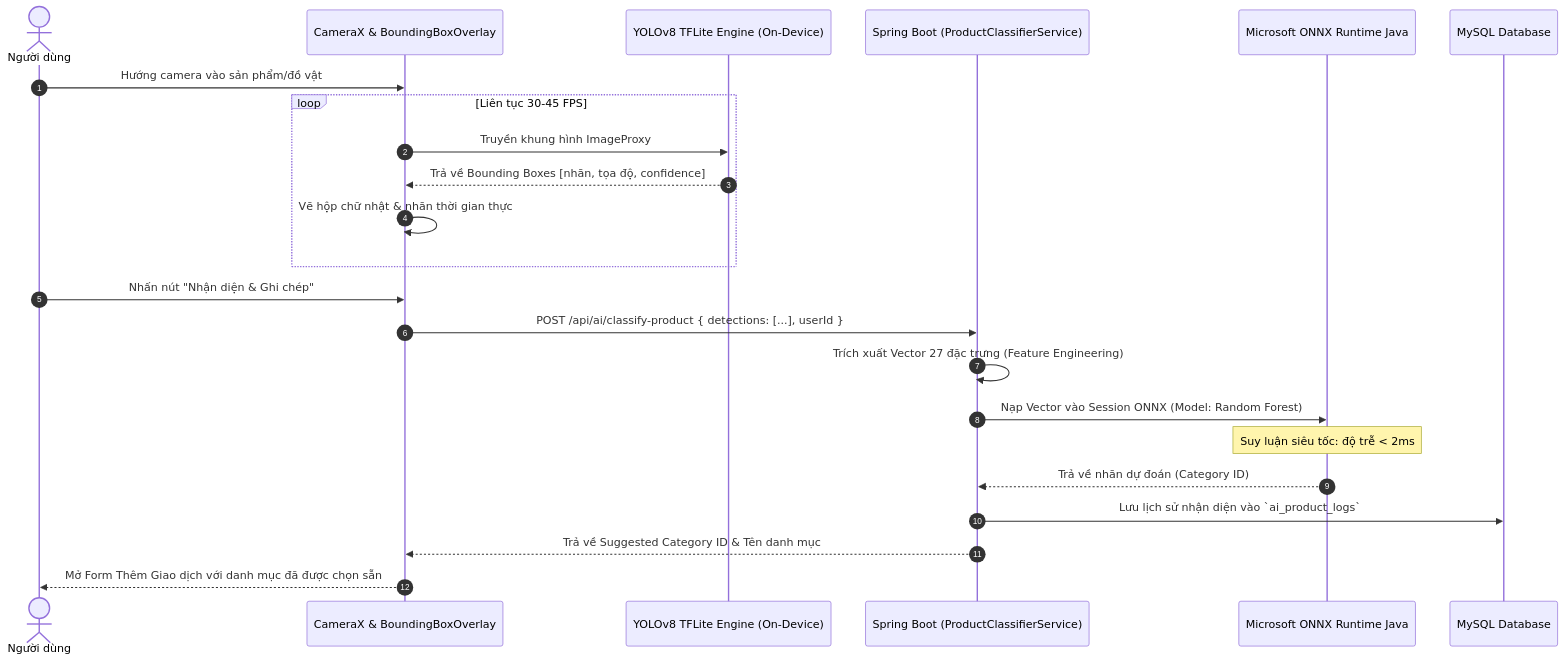
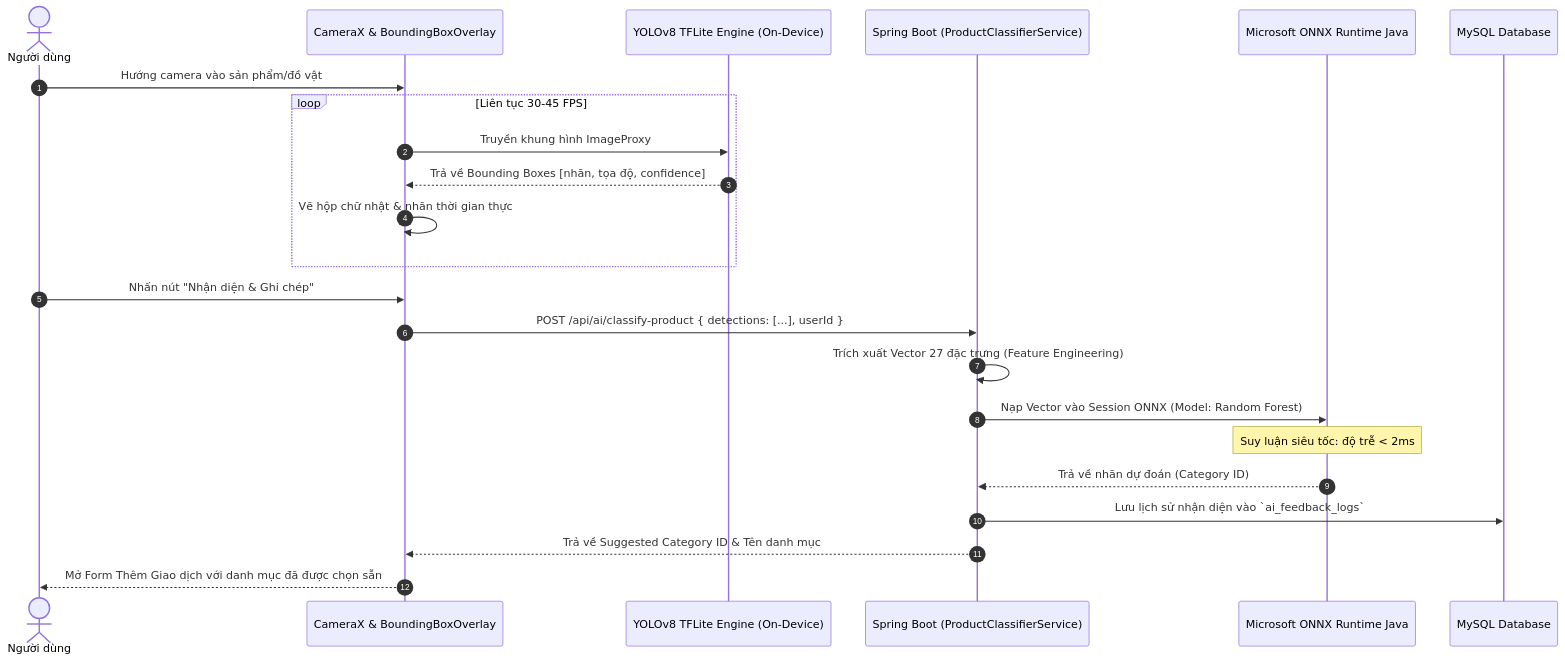
One commit to nguyenduykhanhit04/smart-personal-finance-app changed the eighth of 10 diagrams in docs/Chuong2_PhanTichThietKe.md. Above: the diagram before and after it, drawn with Mermaid. The commit also changed other lines of this file and 5 other files, not shown here.

````diff
--- a/docs/Chuong2_PhanTichThietKe.md
+++ b/docs/Chuong2_PhanTichThietKe.md
@@ -749,26 +762,26 @@
 ```mermaid
 sequenceDiagram
     autonumber
     actor User as Người dùng
     participant Camera as CameraX & BoundingBoxOverlay
     participant Yolo as YOLOv8 TFLite Engine (On-Device)
     participant Backend as Spring Boot (ProductClassifierService)
     participant ONNX as Microsoft ONNX Runtime Java
     participant DB as MySQL Database
 
     User->>Camera: Hướng camera vào sản phẩm/đồ vật
     loop Liên tục 30-45 FPS
         Camera->>Yolo: Truyền khung hình ImageProxy
         Yolo-->>Camera: Trả về Bounding Boxes [nhãn, tọa độ, confidence]
         Camera->>Camera: Vẽ hộp chữ nhật & nhãn thời gian thực
     end
     User->>Camera: Nhấn nút "Nhận diện & Ghi chép"
     Camera->>Backend: POST /api/ai/classify-product { detections: [...], userId }
     Backend->>Backend: Trích xuất Vector 27 đặc trưng (Feature Engineering)
     Backend->>ONNX: Nạp Vector vào Session ONNX (Model: Random Forest)
     Note over ONNX: Suy luận siêu tốc: độ trễ < 2ms
     ONNX-->>Backend: Trả về nhãn dự đoán (Category ID)
-    Backend->>DB: Lưu lịch sử nhận diện vào `ai_product_logs`
+    Backend->>DB: Lưu lịch sử nhận diện vào `ai_feedback_logs`
     Backend-->>Camera: Trả về Suggested Category ID & Tên danh mục
     Camera-->>User: Mở Form Thêm Giao dịch với danh mục đã được chọn sẵn
 ```
````
